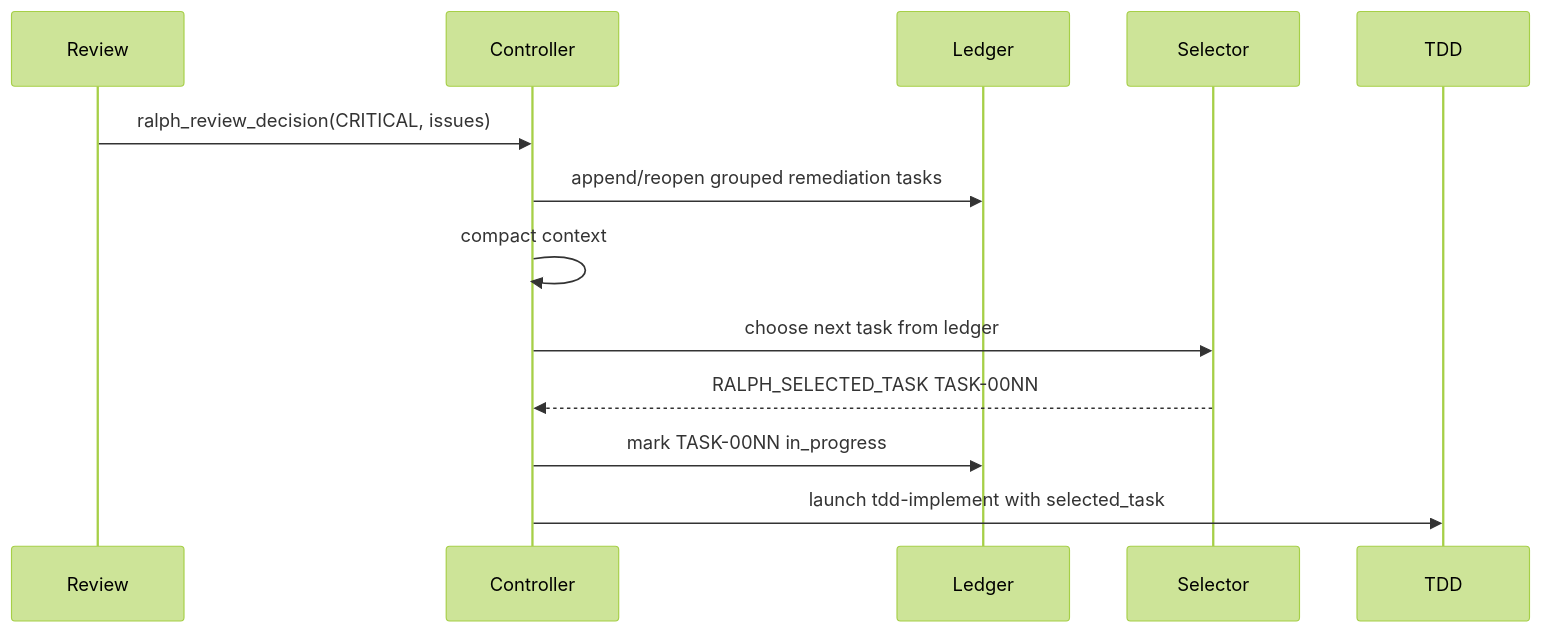
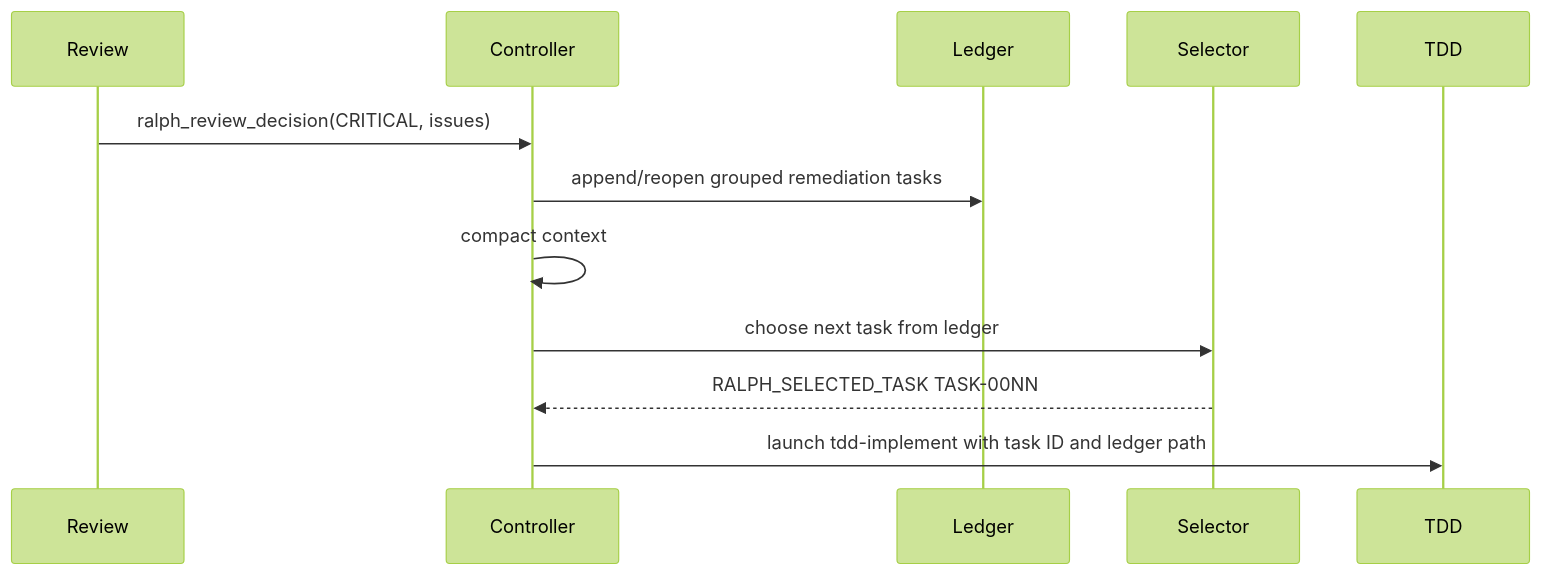
The second of 2 diagrams in docs/specs/iterative-ralph-task-loop.md (pydn/ralph-works), drawn with Mermaid (forest theme) before and after one commit. The commit also changed other lines of this file and 10 other files, not shown here.

````diff
--- a/docs/specs/iterative-ralph-task-loop.md
+++ b/docs/specs/iterative-ralph-task-loop.md
@@ -350,16 +346,15 @@
 ```mermaid
 sequenceDiagram
     participant Review
     participant Controller
     participant Ledger
     participant Selector
     participant TDD
 
     Review->>Controller: ralph_review_decision(CRITICAL, issues)
     Controller->>Ledger: append/reopen grouped remediation tasks
     Controller->>Controller: compact context
     Controller->>Selector: choose next task from ledger
     Selector-->>Controller: RALPH_SELECTED_TASK TASK-00NN
-    Controller->>Ledger: mark TASK-00NN in_progress
-    Controller->>TDD: launch tdd-implement with selected_task
+    Controller->>TDD: launch tdd-implement with task ID and ledger path
 ```
````
